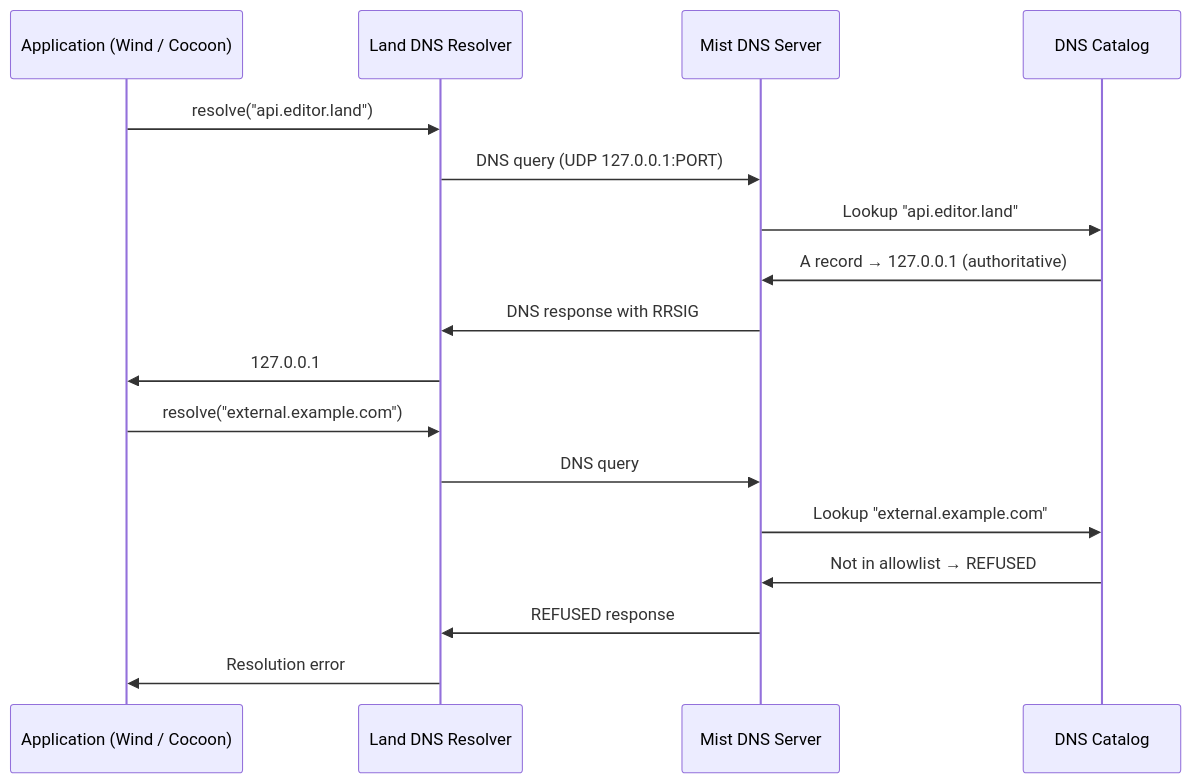
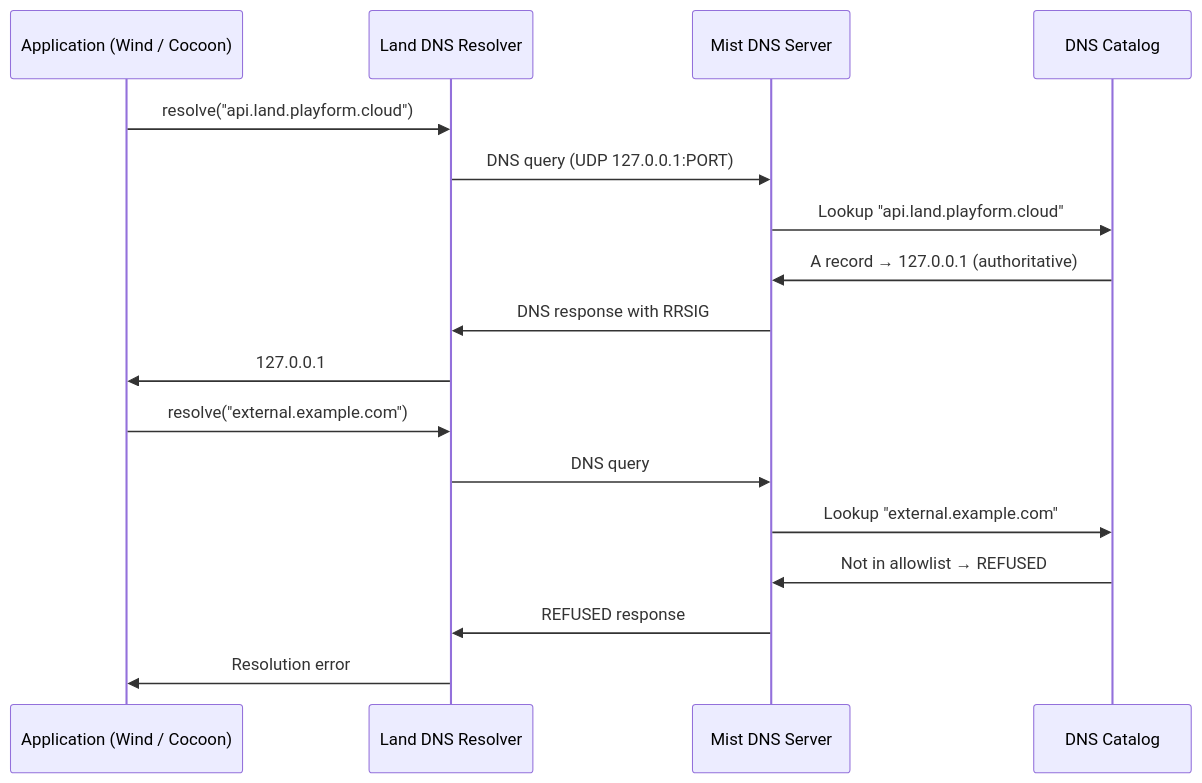
One commit to CodeEditorLand/Mist changed the second of 2 diagrams in Documentation/GitHub/DeepDive.md. Above: the diagram before and after it, drawn with Mermaid. The commit also changed other lines of this file and 3 other files, not shown here.

````diff
--- a/Documentation/GitHub/DeepDive.md
+++ b/Documentation/GitHub/DeepDive.md
@@ -70,21 +71,21 @@
 ```mermaid
 sequenceDiagram
     participant App as Application (Wind / Cocoon)
     participant Resolver as Land DNS Resolver
     participant MistServer as Mist DNS Server
     participant Catalog as DNS Catalog
 
-    App->>Resolver: resolve("api.editor.land")
+    App->>Resolver: resolve("api.land.playform.cloud")
     Resolver->>MistServer: DNS query (UDP 127.0.0.1:PORT)
-    MistServer->>Catalog: Lookup "api.editor.land"
+    MistServer->>Catalog: Lookup "api.land.playform.cloud"
     Catalog->>MistServer: A record → 127.0.0.1 (authoritative)
     MistServer->>Resolver: DNS response with RRSIG
     Resolver->>App: 127.0.0.1
 
     App->>Resolver: resolve("external.example.com")
     Resolver->>MistServer: DNS query
     MistServer->>Catalog: Lookup "external.example.com"
     Catalog->>MistServer: Not in allowlist → REFUSED
     MistServer->>Resolver: REFUSED response
     Resolver->>App: Resolution error
 ```
````
